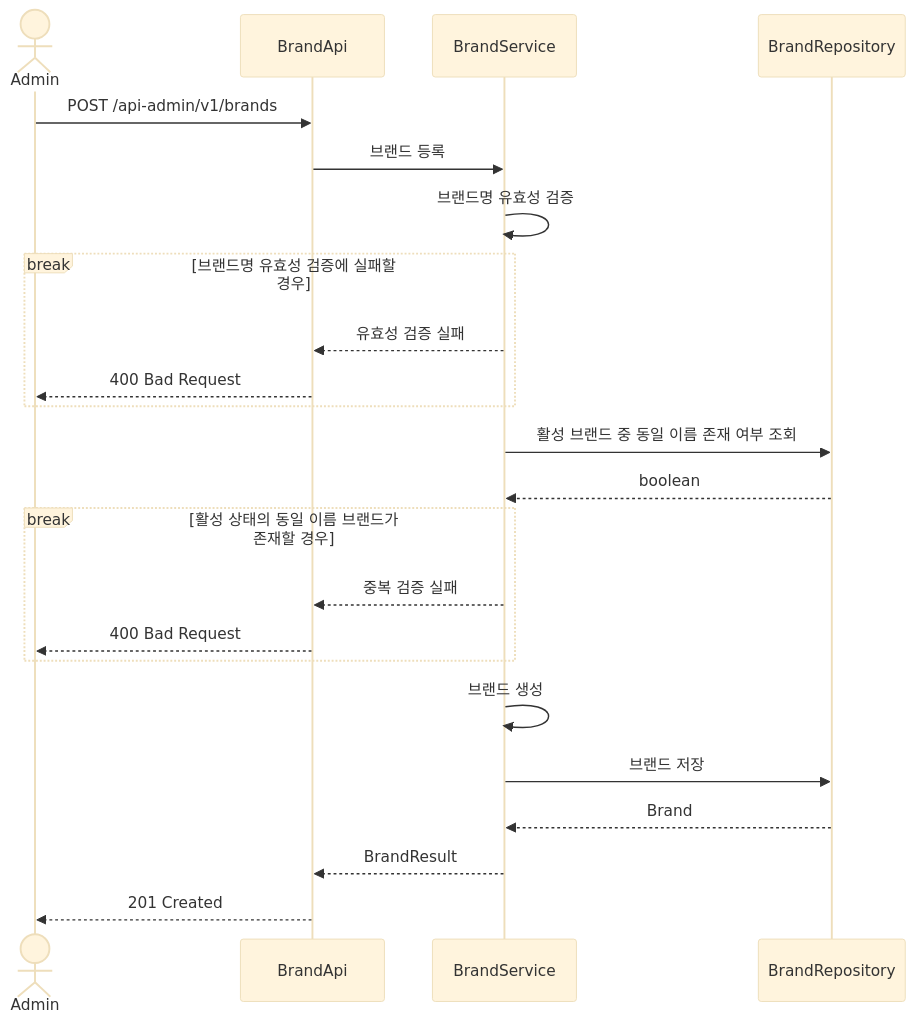
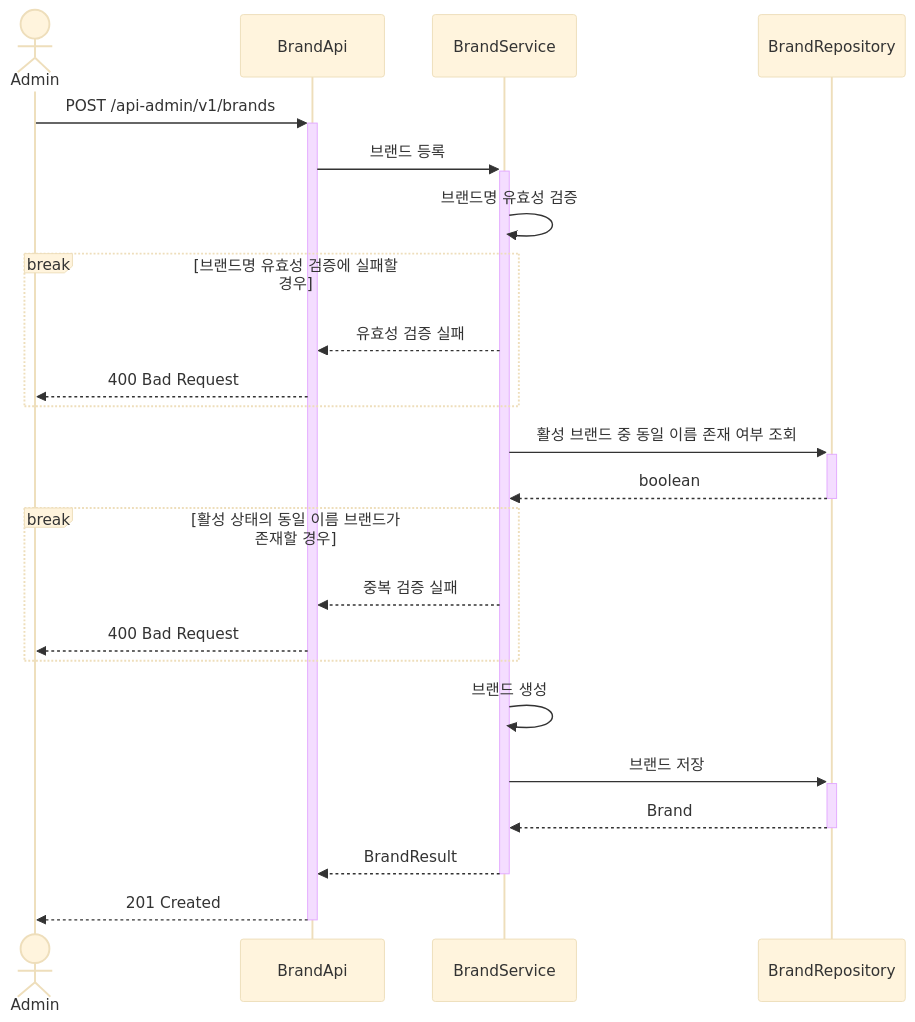
One commit to Loopers-dev-lab/loop-pack-be-l2-vol3-java changed the third of 23 diagrams in .docs/design/02-sequence-diagrams.md. Above: the diagram before and after it, drawn with Mermaid (base theme). The commit also changed other lines of this file, not shown here.

Commit message:
docs: 시퀀스 다이어그램에 액티베이션바 추가

````diff
--- a/.docs/design/02-sequence-diagrams.md
+++ b/.docs/design/02-sequence-diagrams.md
@@ -126,30 +130,30 @@
 ```mermaid
 sequenceDiagram
     actor Admin
     participant BrandApi
     participant BrandService
     participant BrandRepository
 
-    Admin ->> BrandApi: POST /api-admin/v1/brands
-    BrandApi ->> BrandService: 브랜드 등록
+    Admin ->>+ BrandApi: POST /api-admin/v1/brands
+    BrandApi ->>+ BrandService: 브랜드 등록
     BrandService ->> BrandService: 브랜드명 유효성 검증
 
     break 브랜드명 유효성 검증에 실패할 경우
         BrandService -->> BrandApi: 유효성 검증 실패
         BrandApi -->> Admin: 400 Bad Request
     end
 
-    BrandService ->> BrandRepository: 활성 브랜드 중 동일 이름 존재 여부 조회
-    BrandRepository -->> BrandService: boolean
+    BrandService ->>+ BrandRepository: 활성 브랜드 중 동일 이름 존재 여부 조회
+    BrandRepository -->>- BrandService: boolean
 
     break 활성 상태의 동일 이름 브랜드가 존재할 경우
         BrandService -->> BrandApi: 중복 검증 실패
         BrandApi -->> Admin: 400 Bad Request
     end
 
     BrandService ->> BrandService: 브랜드 생성
-    BrandService ->> BrandRepository: 브랜드 저장
-    BrandRepository -->> BrandService: Brand
-    BrandService -->> BrandApi: BrandResult
-    BrandApi -->> Admin: 201 Created
+    BrandService ->>+ BrandRepository: 브랜드 저장
+    BrandRepository -->>- BrandService: Brand
+    BrandService -->>- BrandApi: BrandResult
+    BrandApi -->>- Admin: 201 Created
 ```
````
